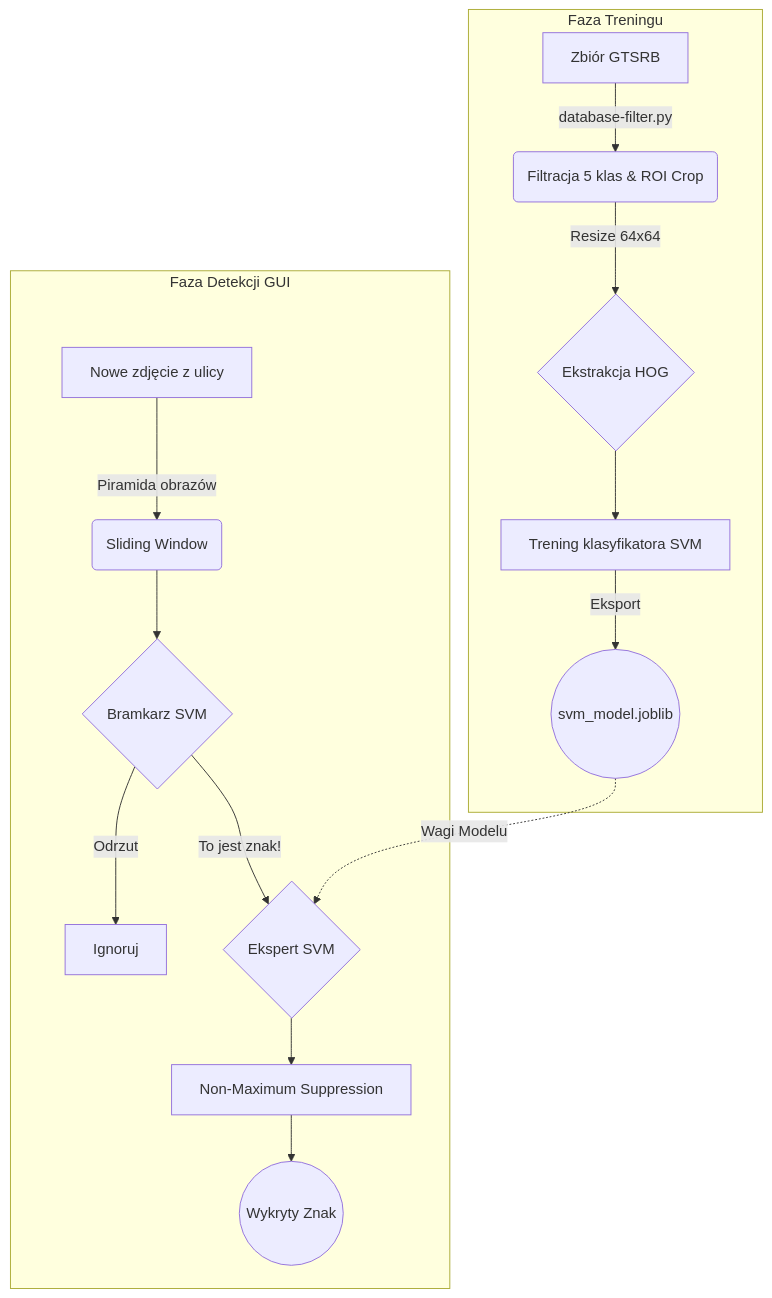
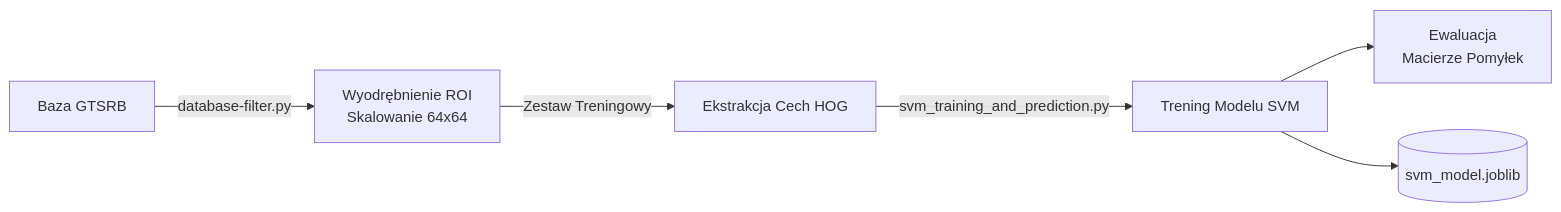
Before and after one commit to xFluzr/detekcja_znakow_drogowych: the first of 2 diagrams in README.md, drawn with Mermaid. The commit also changed other lines of this file, not shown here.

````diff
--- a/README.md
+++ b/README.md
@@ -44,19 +42,8 @@
 ```mermaid
-graph TD
-    subgraph Faza Treningu
-        A[Zbiór GTSRB] -->|database-filter.py| B(Filtracja 5 klas & ROI Crop)
-        B -->|Resize 64x64| C{Ekstrakcja HOG}
-        C --> D[Trening klasyfikatora SVM]
-        D -->|Eksport| E((svm_model.joblib))
-    end
-
-    subgraph Faza Detekcji GUI
-        F[Nowe zdjęcie z ulicy] -->|Piramida obrazów| G(Sliding Window)
-        G --> H{Bramkarz SVM}
-        H -->|Odrzut| Z[Ignoruj]
-        H -->|To jest znak!| I{Ekspert SVM}
-        I --> J[Non-Maximum Suppression]
-        J --> K((Wykryty Znak))
-        E -.->|Wagi Modelu| I
-    end
+flowchart LR
+    A[Baza GTSRB] -->|database-filter.py| B[Wyodrębnienie ROI\nSkalowanie 64x64]
+    B -->|Zestaw Treningowy| C[Ekstrakcja Cech HOG]
+    C -->|svm_training_and_prediction.py| D[Trening Modelu SVM]
+    D --> E[Ewaluacja\nMacierze Pomyłek]
+    D --> F[(svm_model.joblib)]
 ```
````
